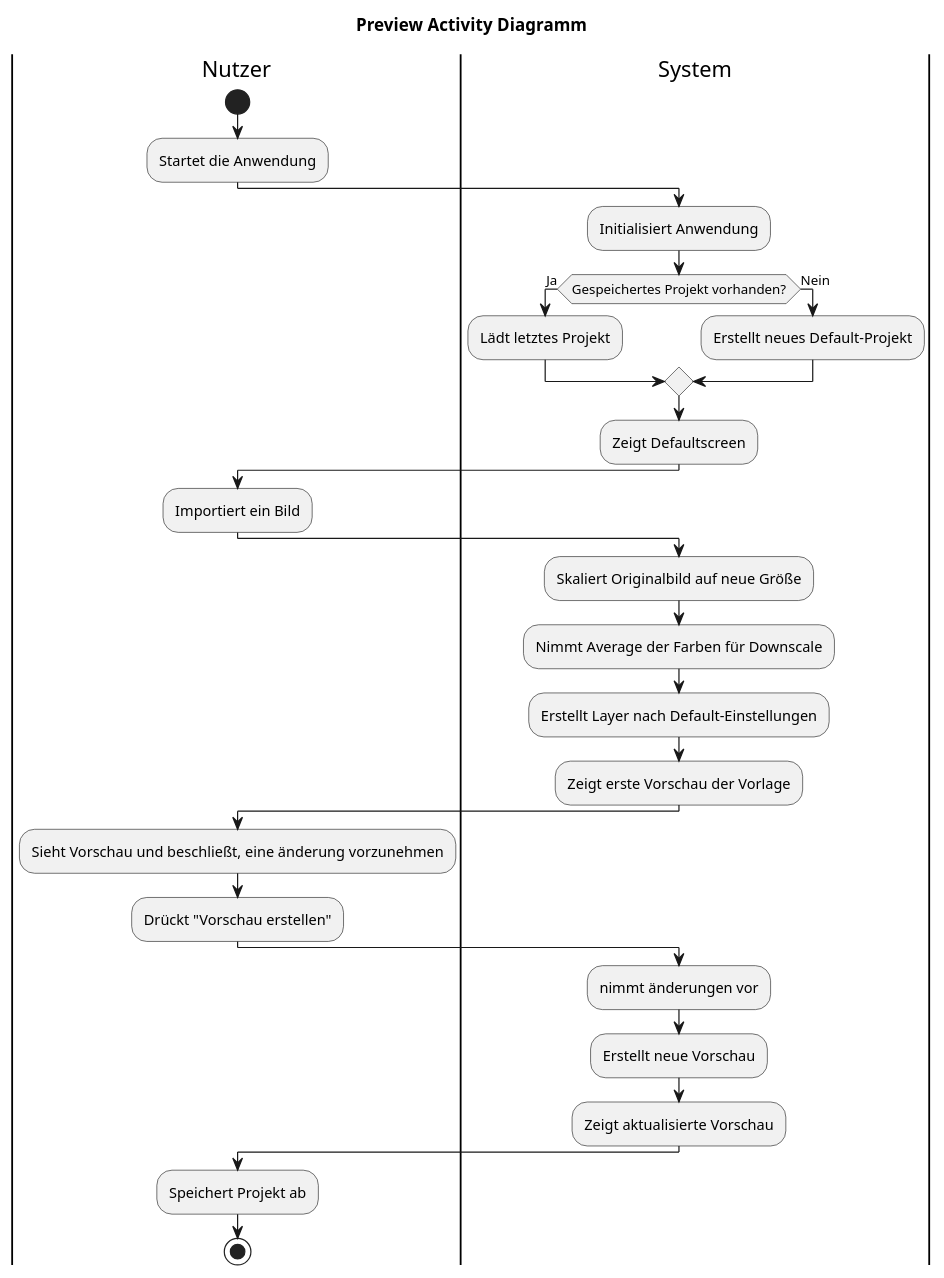
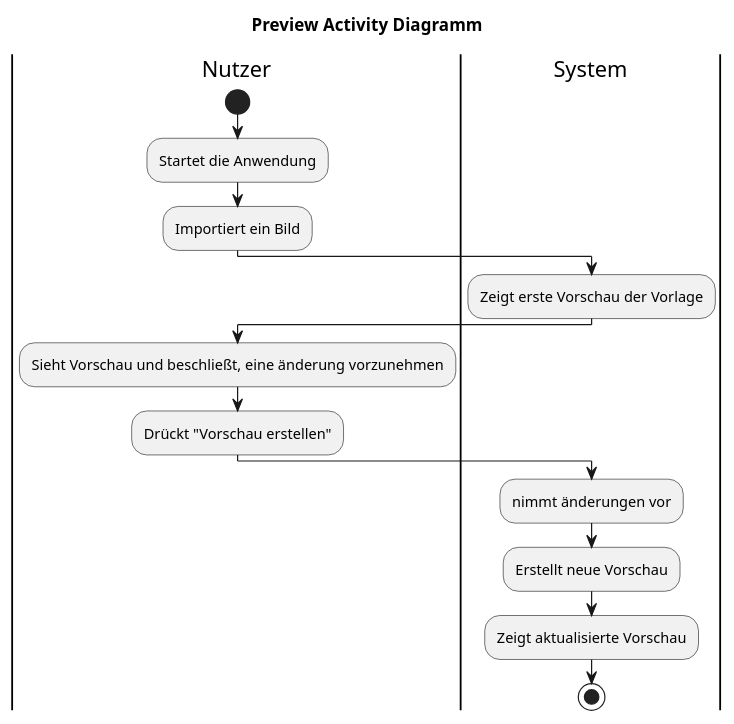
The diagram in ActivityDiaLayerAnpassen.puml (Karma-chocolate/SWE-Labor), drawn with PlantUML before and after one commit.

```diff
--- a/ActivityDiaLayerAnpassen.puml
+++ b/ActivityDiaLayerAnpassen.puml
@@ -1,39 +1,22 @@
 @startuml
 title Preview Activity Diagramm
 
 |Nutzer|
 start
 :Startet die Anwendung;
-
-|System|
-:Initialisiert Anwendung;
-if (Gespeichertes Projekt vorhanden?) then (Ja)
-  :Lädt letztes Projekt;
-else (Nein)
-  :Erstellt neues Default-Projekt;
-endif
-:Zeigt Defaultscreen;
-
-|Nutzer|
 :Importiert ein Bild;
 
 |System|
-:Skaliert Originalbild auf neue Größe;
-:Nimmt Average der Farben für Downscale;
-:Erstellt Layer nach Default-Einstellungen;
 :Zeigt erste Vorschau der Vorlage;
 
 |Nutzer|
 :Sieht Vorschau und beschließt, eine änderung vorzunehmen;
 :Drückt "Vorschau erstellen";
 
 |System|
 :nimmt änderungen vor;
 :Erstellt neue Vorschau;
 :Zeigt aktualisierte Vorschau;
-
-|Nutzer|
-:Speichert Projekt ab;
 stop
 
 @enduml
```
